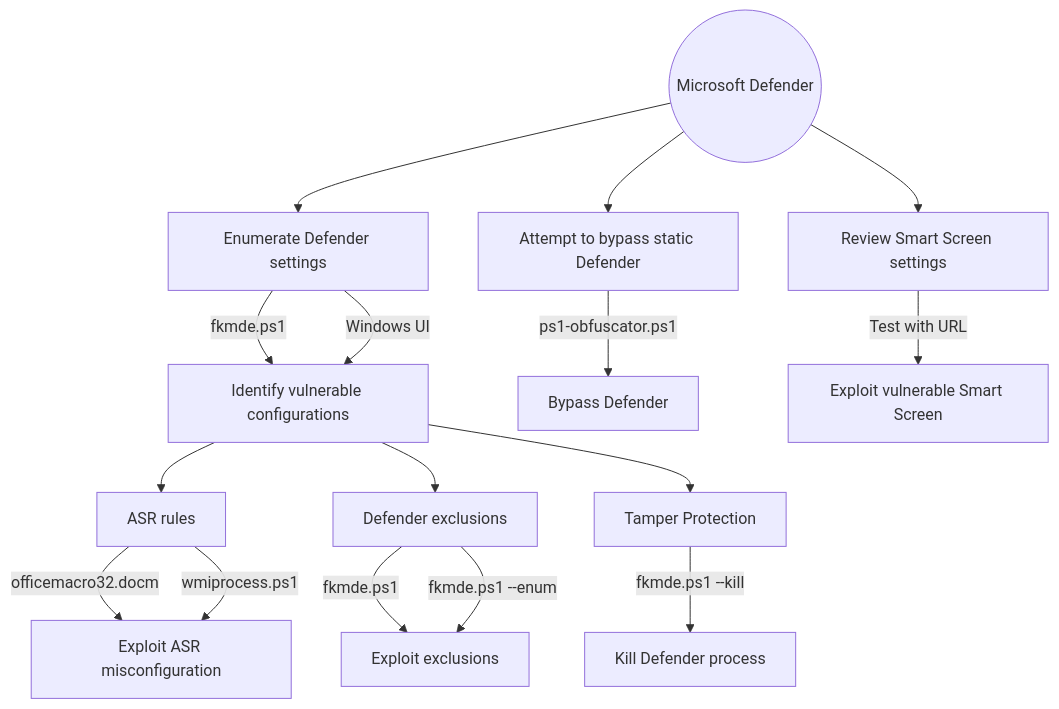
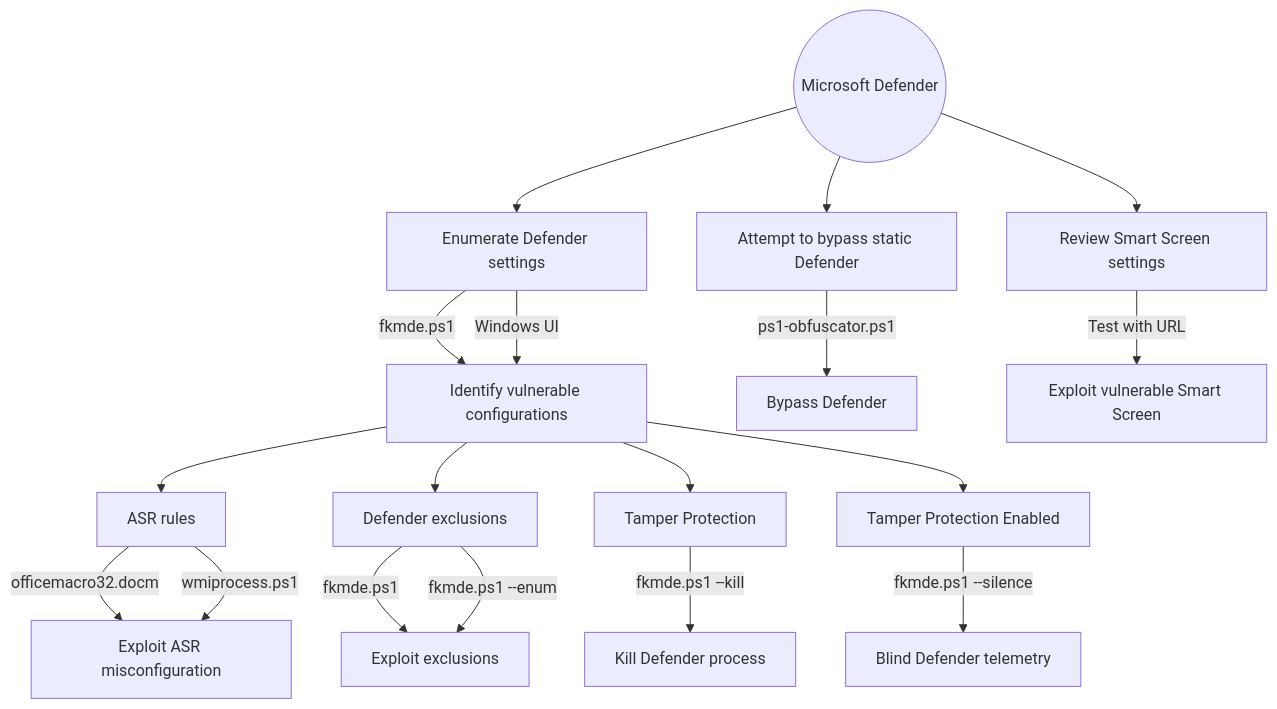
One commit to fkxdr/fkmde changed the diagram in README.md. Above: the diagram before and after it, drawn with Mermaid. The commit also changed other lines of this file, not shown here.

````diff
--- a/README.md
+++ b/README.md
@@ -59,25 +68,28 @@
 ```mermaid
 flowchart TD
     start((Microsoft Defender))
     
     start --> MDEENUM[Enumerate Defender settings]
     MDEENUM --> |fkmde.ps1| MDEVULN[Identify vulnerable configurations]
     MDEENUM --> |Windows UI| MDEVULN
     
     MDEVULN --> MDEVULNASR[ASR rules]
     MDEVULNASR --> |officemacro32.docm| MDEASREXP[Exploit ASR misconfiguration]
     MDEVULNASR --> |wmiprocess.ps1| MDEASREXP
     
     MDEVULN --> MDEEXCLUSION[Defender exclusions]
     MDEEXCLUSION --> |fkmde.ps1| EXPLOITEXCL[Exploit exclusions]
     MDEEXCLUSION --> |fkmde.ps1 --enum| EXPLOITEXCL[Exploit exclusions]
     
     MDEVULN --> MDEMISCONF[Tamper Protection]
     MDEMISCONF --> |fkmde.ps1 --kill| MDEKILL[Kill Defender process]
+
+    MDEVULN --> MDESILENCE[Tamper Protection Enabled]
+    MDESILENCE --> |fkmde.ps1 --silence| MDEBLIND[Blind Defender telemetry]
     
     start --> MDEBYPASS[Attempt to bypass static Defender]
     MDEBYPASS --> |ps1-obfuscator.ps1| MDEBYPASS2[Bypass Defender]
     
     start --> MDESSCR[Review Smart Screen settings]
     MDESSCR --> |Test with URL| MDESSCRVULN[Exploit vulnerable Smart Screen]
 ```
````
